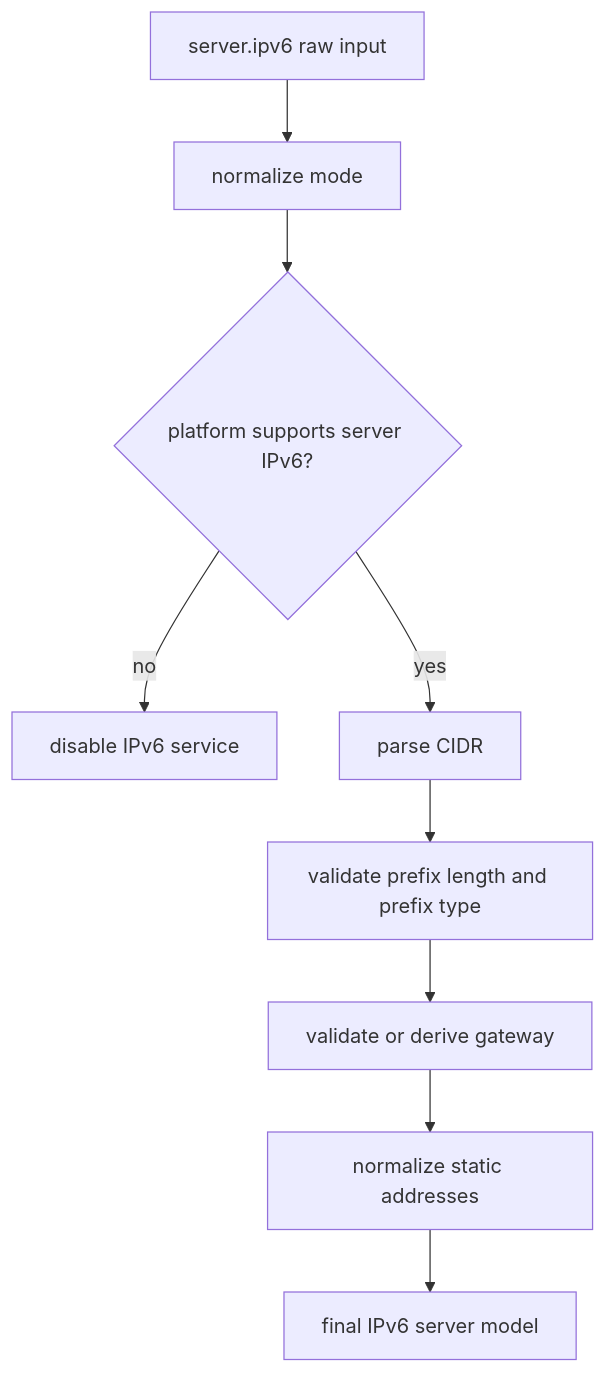
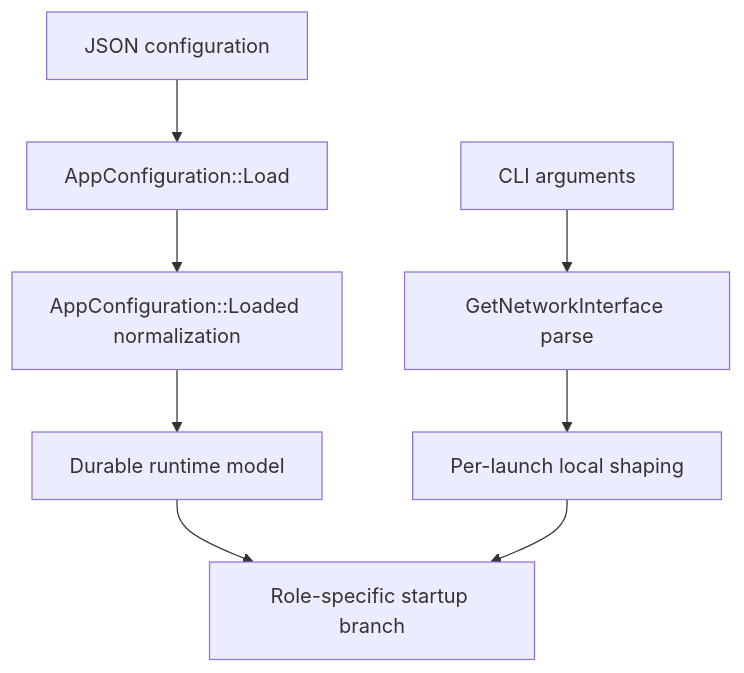
Before and after one commit to HyacinthHaru/openppp2: the second of 3 diagrams in docs/CONFIGURATION.md, drawn with Mermaid. The commit also changed other lines of this file and 31 other files, not shown here.

````diff
--- a/docs/CONFIGURATION.md
+++ b/docs/CONFIGURATION.md
@@ -228,11 +94,10 @@
 ```mermaid
 flowchart TD
-    A[server.ipv6 raw input] --> B[normalize mode]
-    B --> C{platform supports server IPv6?}
-    C -->|no| D[disable IPv6 service]
-    C -->|yes| E[parse CIDR]
-    E --> F[validate prefix length and prefix type]
-    F --> G[validate or derive gateway]
-    G --> H[normalize static addresses]
-    H --> I[final IPv6 server model]
+    A[JSON configuration] --> B[AppConfiguration::Load]
+    B --> C[AppConfiguration::Loaded normalization]
+    D[CLI arguments] --> E[GetNetworkInterface parse]
+    C --> F[Durable runtime model]
+    E --> G[Per-launch local shaping]
+    F --> H[Role-specific startup branch]
+    G --> H
 ```
````
